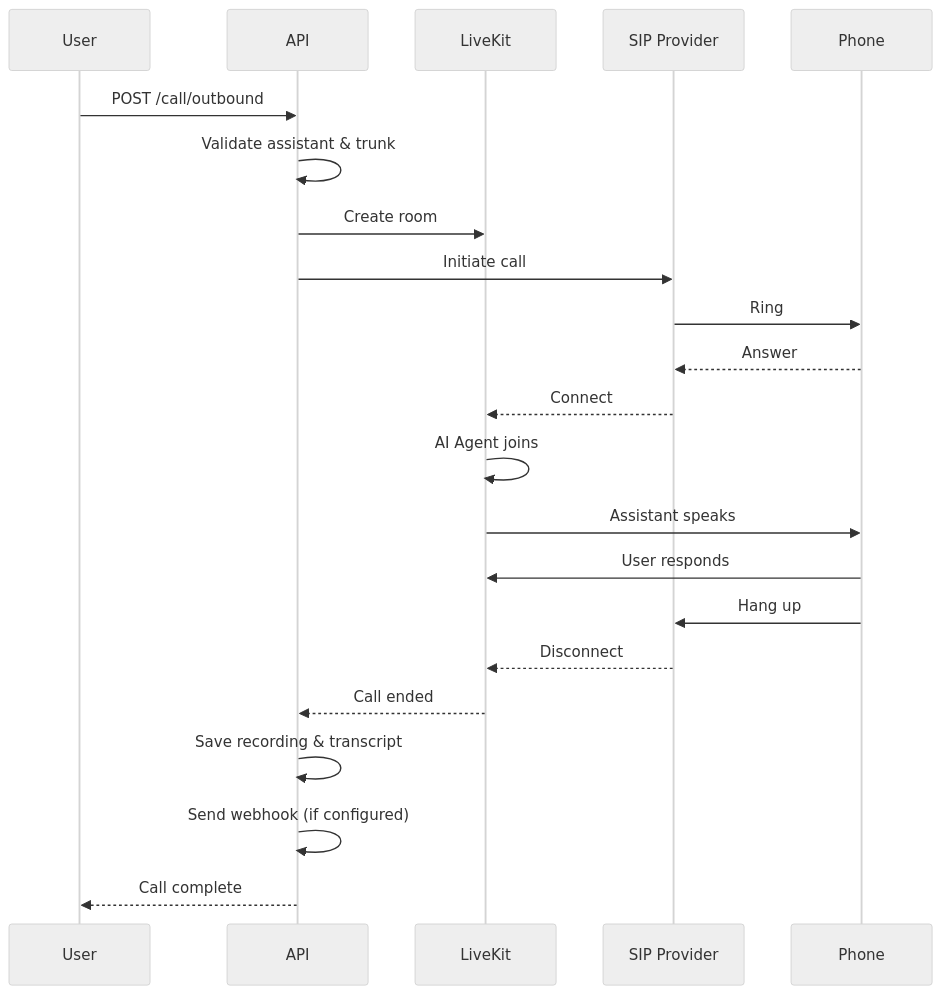
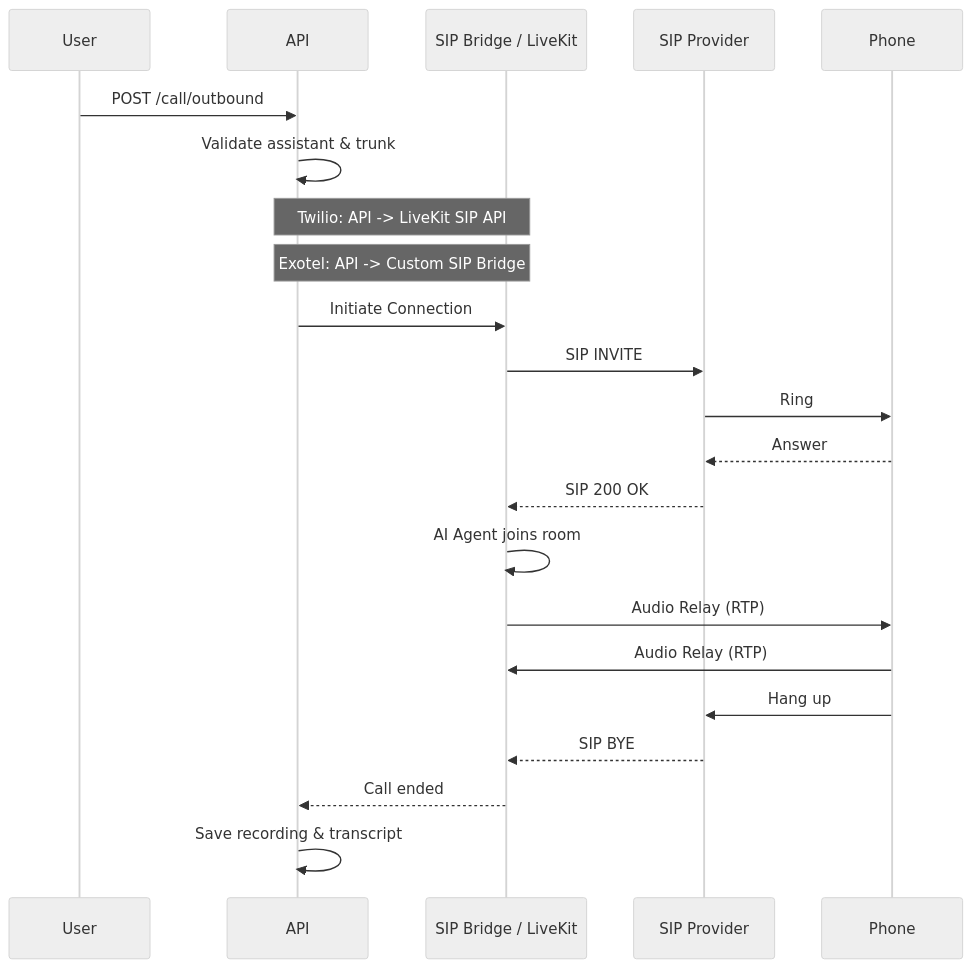
The diagram in docs/api/calls.md (ShubhamX-AI/api_livekit), drawn with Mermaid (neutral theme) before and after one commit. The commit also changed other lines of this file and 1 other file, not shown here.

Commit message:
Update docs on sip integration

````diff
--- a/docs/api/calls.md
+++ b/docs/api/calls.md
@@ -145,25 +163,25 @@
 ```mermaid
 sequenceDiagram
     participant User
     participant API
-    participant LiveKit
+    participant Bridge as SIP Bridge / LiveKit
     participant Provider as SIP Provider
     participant Phone
 
     User->>API: POST /call/outbound
     API->>API: Validate assistant & trunk
-    API->>LiveKit: Create room
-    API->>Provider: Initiate call
+    Note over API,Bridge: Twilio: API -> LiveKit SIP API
+    Note over API,Bridge: Exotel: API -> Custom SIP Bridge
+    API->>Bridge: Initiate Connection
+    Bridge->>Provider: SIP INVITE
     Provider->>Phone: Ring
     Phone-->>Provider: Answer
-    Provider-->>LiveKit: Connect
-    LiveKit->>LiveKit: AI Agent joins
-    LiveKit->>Phone: Assistant speaks
-    Phone->>LiveKit: User responds
+    Provider-->>Bridge: SIP 200 OK
+    Bridge->>Bridge: AI Agent joins room
+    Bridge->>Phone: Audio Relay (RTP)
+    Phone->>Bridge: Audio Relay (RTP)
     Phone->>Provider: Hang up
-    Provider-->>LiveKit: Disconnect
-    LiveKit-->>API: Call ended
+    Provider-->>Bridge: SIP BYE
+    Bridge-->>API: Call ended
     API->>API: Save recording & transcript
-    API->>API: Send webhook (if configured)
-    API-->>User: Call complete
 ```
````
